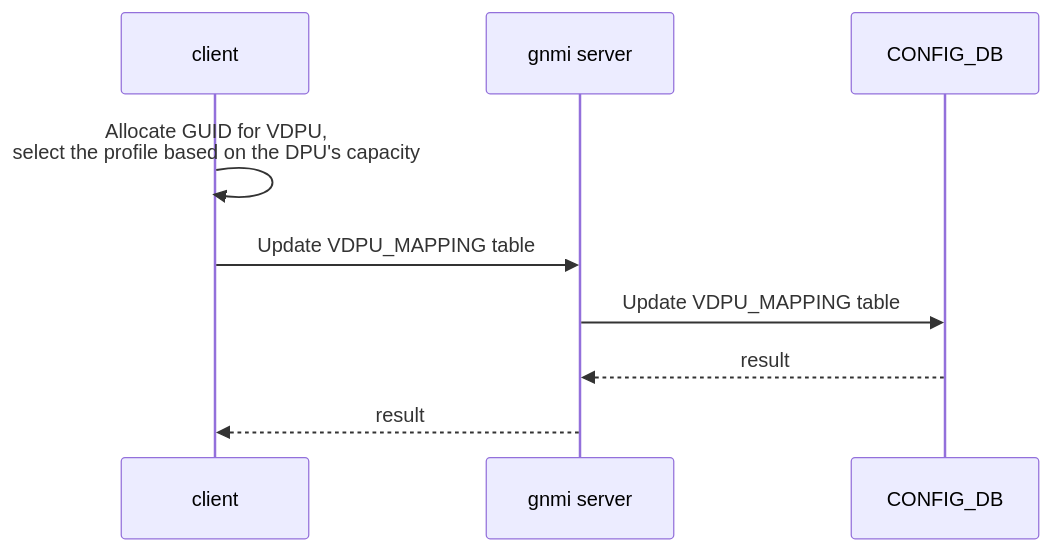
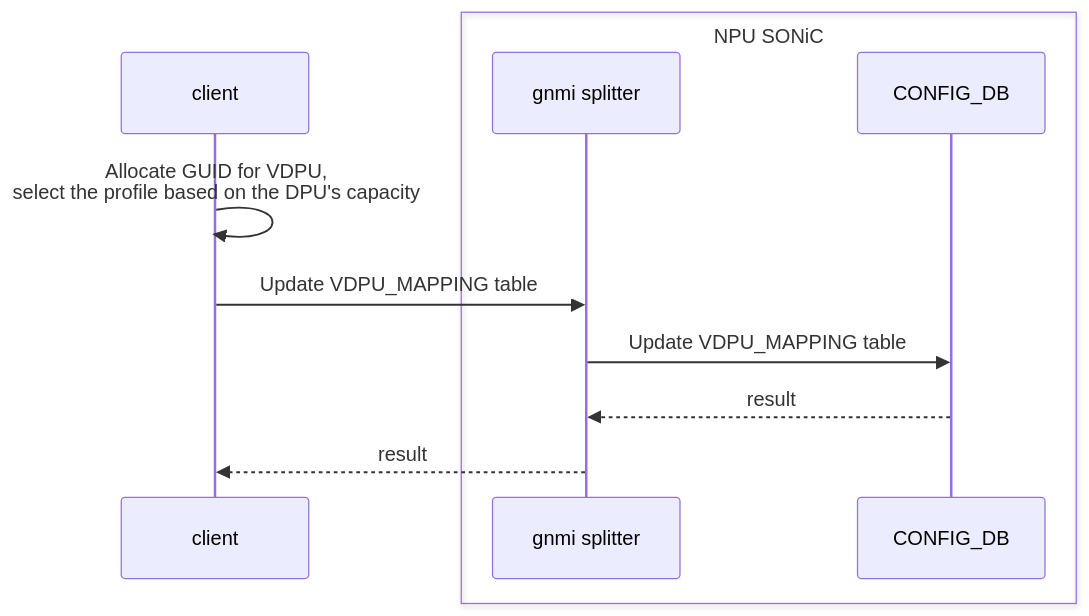
The diagram in VDPU_MAPPING.md (wen587/mermaid), drawn with Mermaid before and after one commit.

````diff
--- a/VDPU_MAPPING.md
+++ b/VDPU_MAPPING.md
@@ -1,11 +1,13 @@
 ```mermaid
 sequenceDiagram
     participant client
-    participant gnmi server
-    participant CONFIG_DB
+    box NPU SONiC
+        participant gnmi splitter
+        participant CONFIG_DB
+    end
     client->>client: Allocate GUID for VDPU,<br>select the profile based on the DPU's capacity
-    client->>gnmi server: Update VDPU_MAPPING table
-    gnmi server->>CONFIG_DB: Update VDPU_MAPPING table
-    CONFIG_DB-->>gnmi server: result
-    gnmi server-->>client: result
+    client->>gnmi splitter: Update VDPU_MAPPING table
+    gnmi splitter->>CONFIG_DB: Update VDPU_MAPPING table
+    CONFIG_DB-->>gnmi splitter: result
+    gnmi splitter-->>client: result
 ```
````
